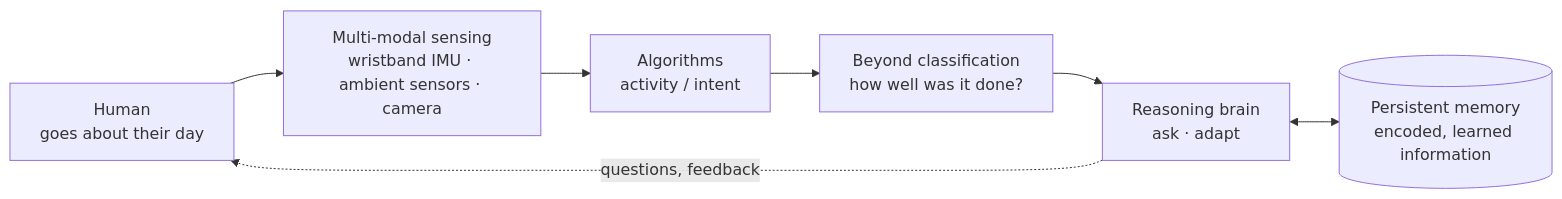
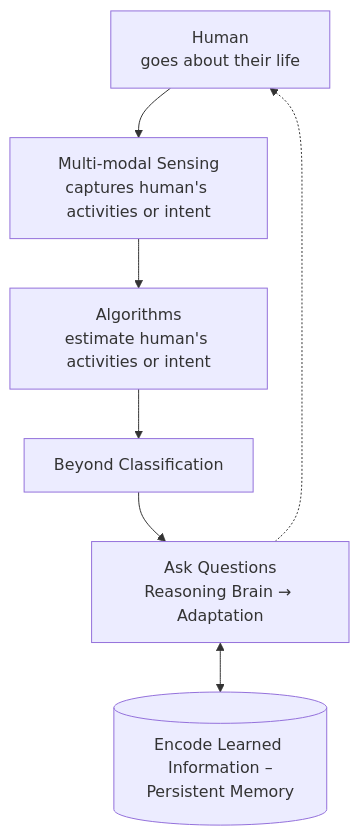
The diagram in _posts/2026-10-26-human-centered-intelligent-systems.md (sweeden-ttu/profile), drawn with Mermaid before and after one commit. The commit also changed other lines of this file and 19 other files, not shown here.

````diff
--- a/_posts/2026-10-26-human-centered-intelligent-systems.md
+++ b/_posts/2026-10-26-human-centered-intelligent-systems.md
@@ -27,9 +43,9 @@
 ```mermaid
-flowchart LR
-  H["Human<br/>goes about their day"] --> S["Multi-modal sensing<br/>wristband IMU · ambient sensors · camera"]
-  S --> A["Algorithms<br/>activity / intent"]
-  A --> B["Beyond classification<br/>how well was it done?"]
-  B --> R["Reasoning brain<br/>ask · adapt"]
-  R <--> Mem[("Persistent memory<br/>encoded, learned information")]
-  R -. "questions, feedback" .-> H
+flowchart TD
+  H["Human<br/>goes about their life"] --> S["Multi-modal Sensing<br/>captures human's activities or intent"]
+  S --> A["Algorithms<br/>estimate human's activities or intent"]
+  A --> B["Beyond Classification"]
+  B --> R["Ask Questions<br/>Reasoning Brain → Adaptation"]
+  R <--> M[("Encode Learned Information –<br/>Persistent Memory")]
+  R -.-> H
 ```
````
